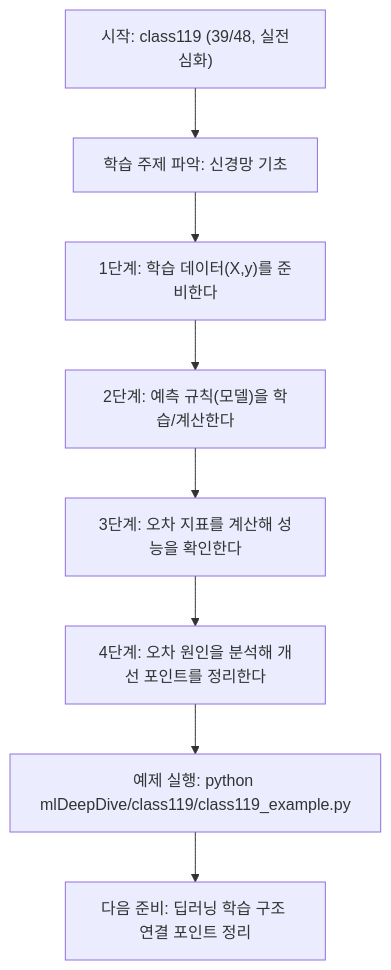
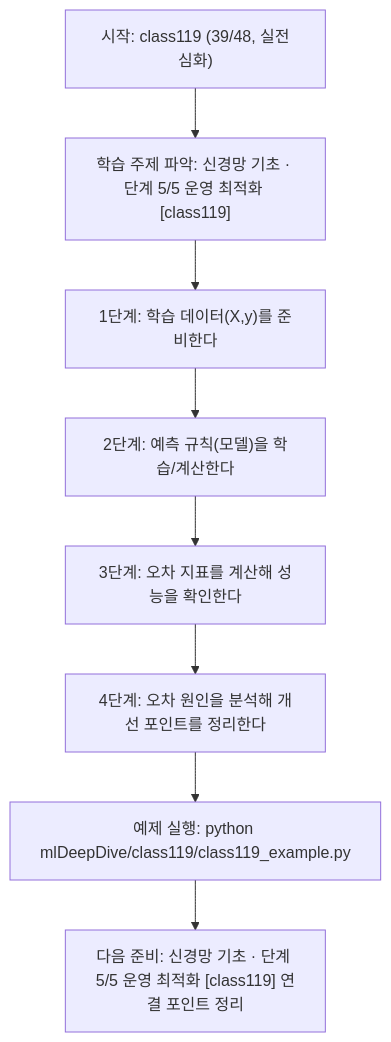
The diagram in mlDeepDive/class119/class119.md (edumgt/Python-AI_Agent-Class), drawn with Mermaid before and after one commit. The commit also changed other lines of this file and 522 other files, not shown here.

````diff
--- a/mlDeepDive/class119/class119.md
+++ b/mlDeepDive/class119/class119.md
@@ -108,18 +109,18 @@
 ```mermaid
 flowchart TD
 N1["시작: class119 (39/48, 실전심화)"]
-N2["학습 주제 파악: 신경망 기초"]
+N2["학습 주제 파악: 신경망 기초 · 단계 5/5 운영 최적화 [class119]"]
 N3["1단계: 학습 데이터(X,y)를 준비한다"]
 N4["2단계: 예측 규칙(모델)을 학습/계산한다"]
 N5["3단계: 오차 지표를 계산해 성능을 확인한다"]
 N6["4단계: 오차 원인을 분석해 개선 포인트를 정리한다"]
 N7["예제 실행: python mlDeepDive/class119/class119_example.py"]
-N8["다음 준비: 딥러닝 학습 구조 연결 포인트 정리"]
+N8["다음 준비: 신경망 기초 · 단계 5/5 운영 최적화 [class119] 연결 포인트 정리"]
 N1 --> N2
 N2 --> N3
 N3 --> N4
 N4 --> N5
 N5 --> N6
 N6 --> N7
 N7 --> N8
 ```
````
